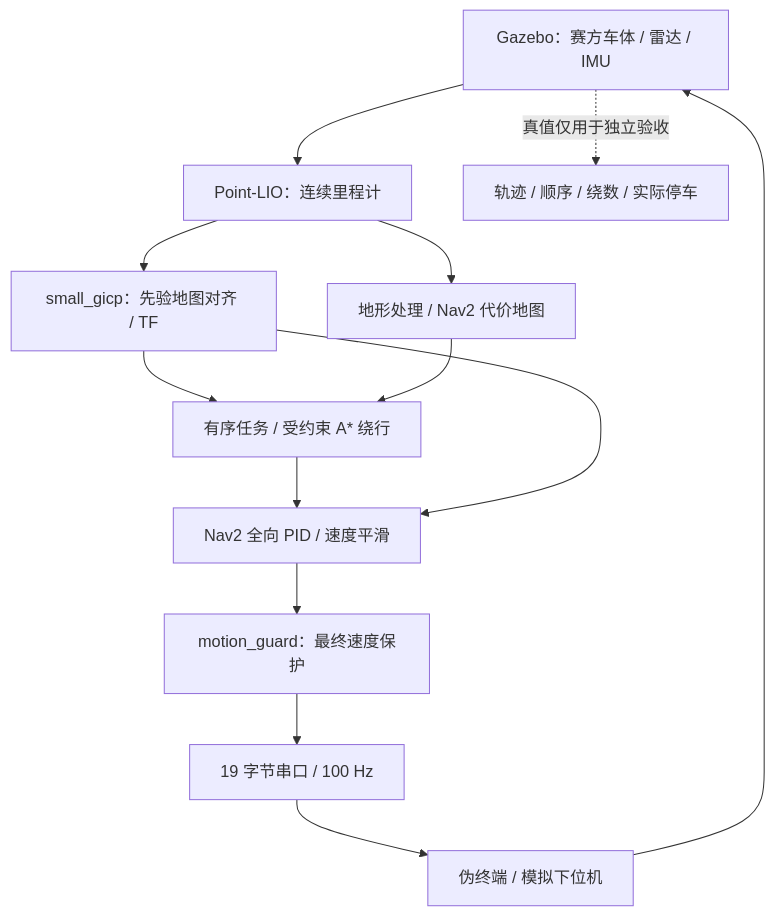
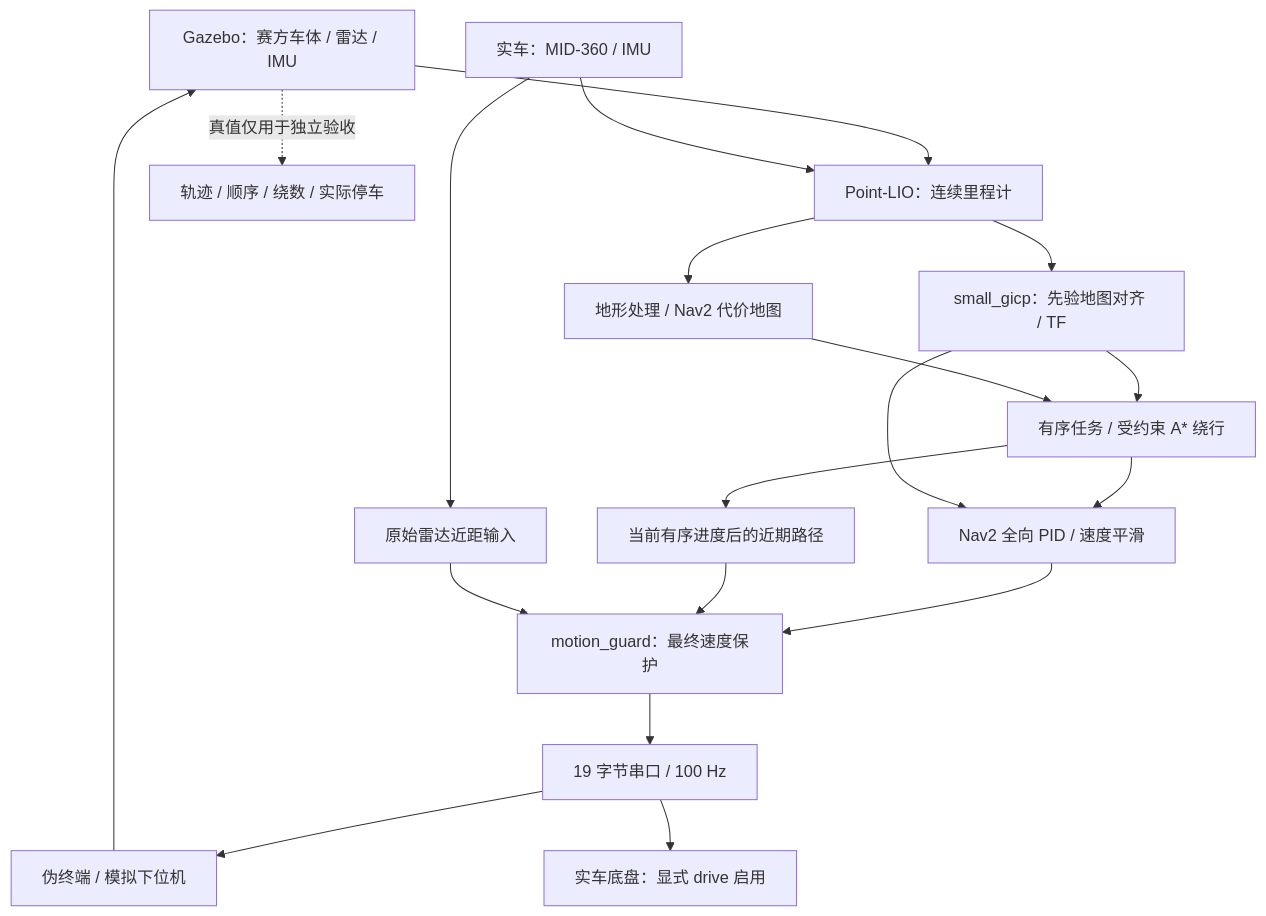
Before and after one commit to Alkapuce/srm-intramural-navigation: the diagram in README.md, drawn with Mermaid. The commit also changed other lines of this file and 8 other files, not shown here.

````diff
--- a/README.md
+++ b/README.md
@@ -9,15 +9,21 @@
 ```mermaid
 flowchart TB
     Sim["Gazebo：赛方车体 / 雷达 / IMU"] --> LIO["Point-LIO：连续里程计"]
+    Real["实车：MID-360 / IMU"] --> LIO
+    Real --> Raw["原始雷达近距输入"]
     LIO --> Loc["small_gicp：先验地图对齐 / TF"]
     LIO --> Map["地形处理 / Nav2 代价地图"]
     Loc --> Mission["有序任务 / 受约束 A* 绕行"]
     Map --> Mission
     Mission --> Control["Nav2 全向 PID / 速度平滑"]
     Loc --> Control
     Control --> Guard["motion_guard：最终速度保护"]
+    Mission --> Future["当前有序进度后的近期路径"]
+    Future --> Guard
+    Raw --> Guard
     Guard --> Serial["19 字节串口 / 100 Hz"]
     Serial --> MCU["伪终端 / 模拟下位机"]
+    Serial --> Chassis["实车底盘：显式 drive 启用"]
     MCU --> Sim
     Sim -. "真值仅用于独立验收" .-> Check["轨迹 / 顺序 / 绕数 / 实际停车"]
 ```
````
